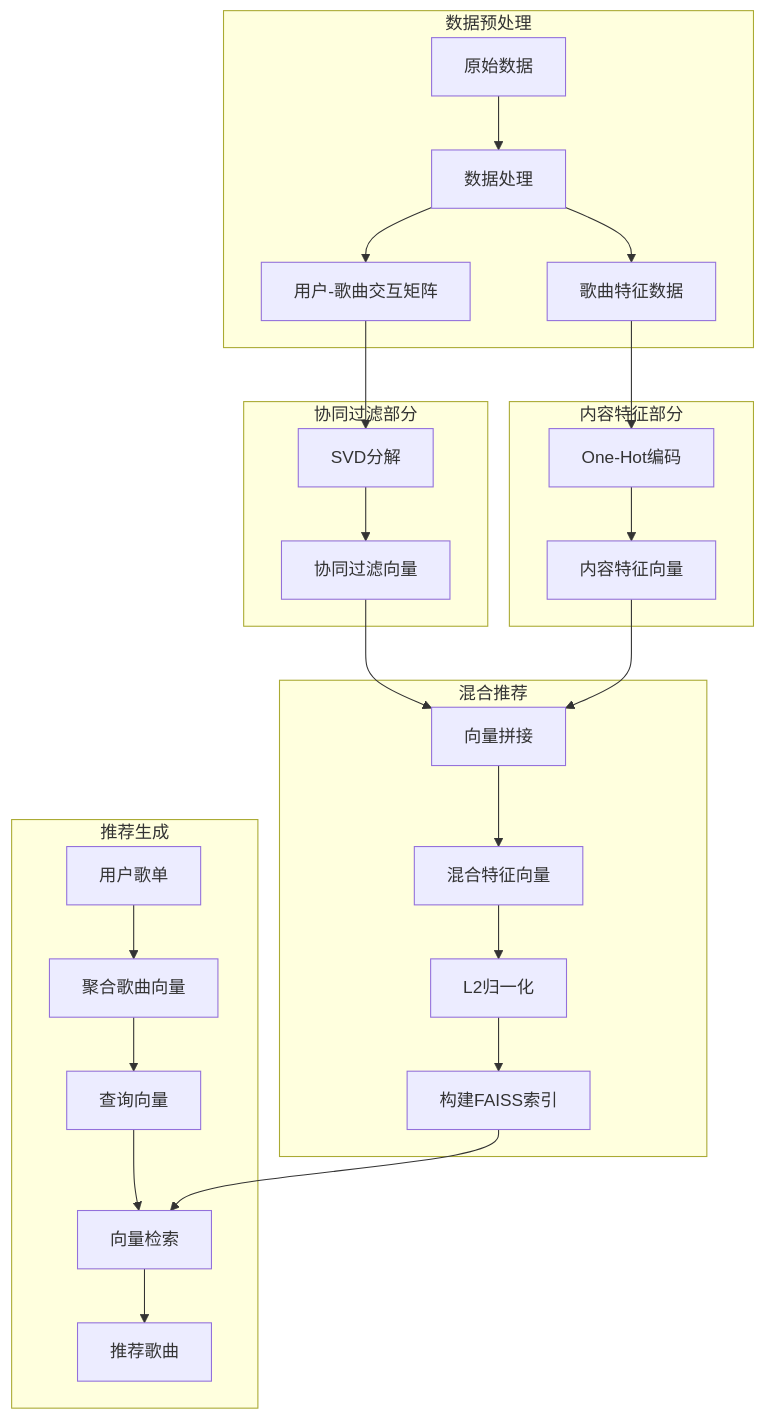
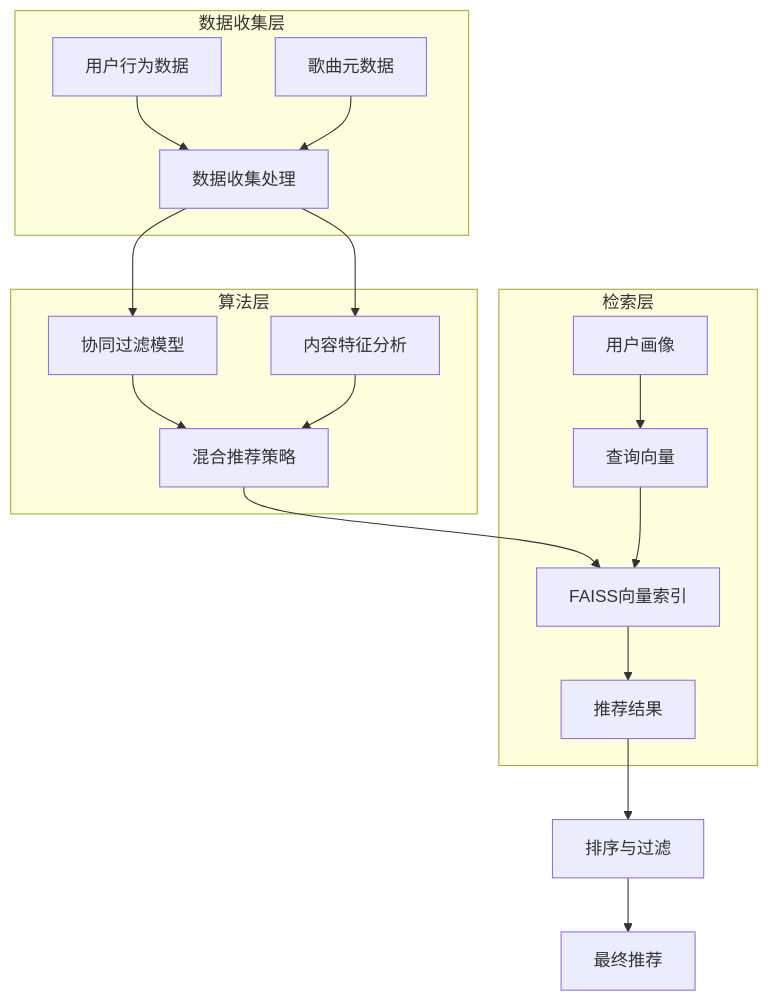
Before and after one commit to SOV710/RhythmFusion: the first of 4 diagrams in docs/backend/recommendation.md, drawn with Mermaid. The commit also changed other lines of this file and 24 other files, not shown here.

````diff
--- a/docs/backend/recommendation.md
+++ b/docs/backend/recommendation.md
@@ -9,34 +9,24 @@
 ```mermaid
 graph TD
-    subgraph "数据预处理"
-    RawData[原始数据] --> DataProcess[数据处理]
-    DataProcess --> UserSongMatrix[用户-歌曲交互矩阵]
-    DataProcess --> SongFeatures[歌曲特征数据]
+    subgraph 数据收集层
+    UserBehavior[用户行为数据] --> DataCollection[数据收集处理]
+    SongMetadata[歌曲元数据] --> DataCollection
     end
-    
-    subgraph "协同过滤部分"
-    UserSongMatrix --> SVD[SVD分解]
-    SVD --> CFVectors[协同过滤向量]
+  
+    subgraph 算法层
+    DataCollection --> CF[协同过滤模型]
+    DataCollection --> Content[内容特征分析]
+    CF --> Hybrid[混合推荐策略]
+    Content --> Hybrid
     end
-    
-    subgraph "内容特征部分"
-    SongFeatures --> OneHot[One-Hot编码]
-    OneHot --> ContentVectors[内容特征向量]
+  
+    subgraph 检索层
+    Hybrid --> FAISS[FAISS向量索引]
+    UserProfile[用户画像] --> Query[查询向量]
+    Query --> FAISS
+    FAISS --> Results[推荐结果]
     end
-    
-    subgraph "混合推荐"
-    CFVectors --> Concatenate[向量拼接]
-    ContentVectors --> Concatenate
-    Concatenate --> HybridVectors[混合特征向量]
-    HybridVectors --> Normalize[L2归一化]
-    Normalize --> BuildIndex[构建FAISS索引]
-    end
-    
-    subgraph "推荐生成"
-    UserPlaylist[用户歌单] --> AggregateVectors[聚合歌曲向量]
-    AggregateVectors --> QueryVector[查询向量]
-    QueryVector --> VectorSearch[向量检索]
-    BuildIndex --> VectorSearch
-    VectorSearch --> RecommendedSongs[推荐歌曲]
-    end
+  
+    Results --> Ranking[排序与过滤]
+    Ranking --> FinalRecommendations[最终推荐]
 ```
````
